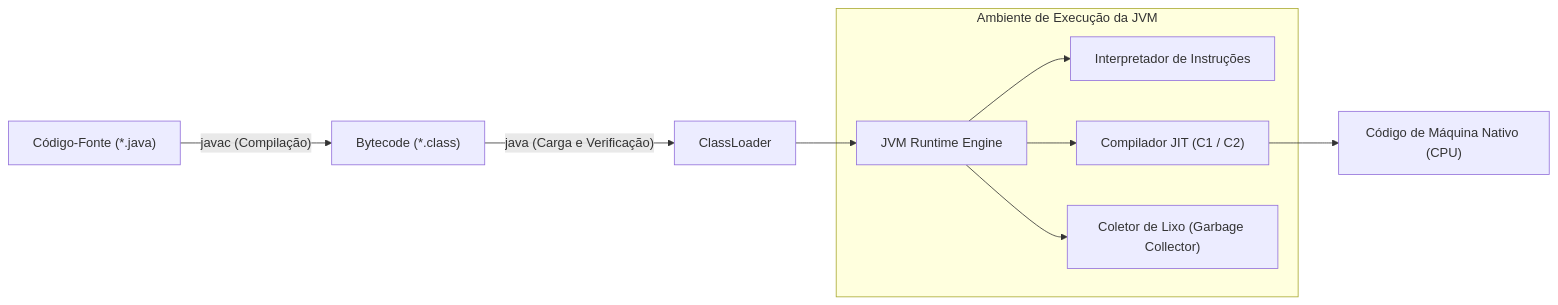
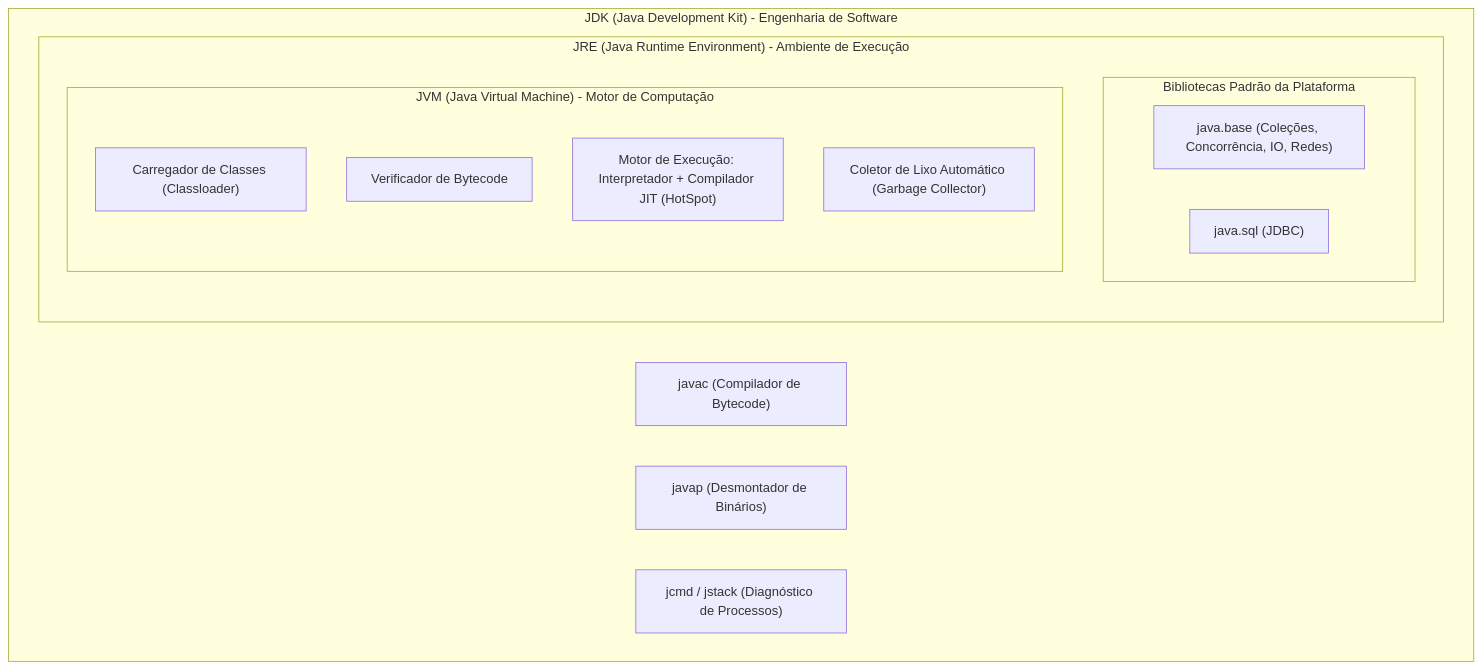
The third of 20 diagrams in 4º Semestre/[Prof. Jefferson Passerini] Laboratório de Programação IV/Resumos-IA/Caderno-Consolidado.md (murilolol/unifef), drawn with Mermaid before and after one commit. The commit also changed other lines of this file and 40 other files, not shown here.

````diff
--- a/4º Semestre/[Prof. Jefferson Passerini] Laboratório de Programação IV/Resumos-IA/Caderno-Consolidado.md
+++ b/4º Semestre/[Prof. Jefferson Passerini] Laboratório de Programação IV/Resumos-IA/Caderno-Consolidado.md
@@ -134,12 +157,20 @@
 ```mermaid
-flowchart LR
-    SRC["Código-Fonte (*.java)"] -->|"javac (Compilação)"| BC["Bytecode (*.class)"]
-    BC -->|"java (Carga e Verificação)"| CL["ClassLoader"]
-    CL --> JVM["JVM Runtime Engine"]
-    subgraph Execution ["Ambiente de Execução da JVM"]
-        JVM --> INTERP["Interpretador de Instruções"]
-        JVM --> JIT["Compilador JIT (C1 / C2)"]
-        JVM --> GC["Coletor de Lixo (Garbage Collector)"]
+flowchart TD
+  subgraph JDK["JDK (Java Development Kit) - Engenharia de Software"]
+    javac["javac (Compilador de Bytecode)"]
+    javap["javap (Desmontador de Binários)"]
+    jcmd["jcmd / jstack (Diagnóstico de Processos)"]
+    subgraph JRE["JRE (Java Runtime Environment) - Ambiente de Execução"]
+      subgraph Libs["Bibliotecas Padrão da Plataforma"]
+        javaBase["java.base (Coleções, Concorrência, IO, Redes)"]
+        javaSql["java.sql (JDBC)"]
+      end
+      subgraph JVM["JVM (Java Virtual Machine) - Motor de Computação"]
+        Classloader["Carregador de Classes (Classloader)"]
+        BytecodeVerif["Verificador de Bytecode"]
+        Engine["Motor de Execução: Interpretador + Compilador JIT (HotSpot)"]
+        GC["Coletor de Lixo Automático (Garbage Collector)"]
+      end
     end
-    JIT --> NATIVE["Código de Máquina Nativo (CPU)"]
+  end
 ```
````
